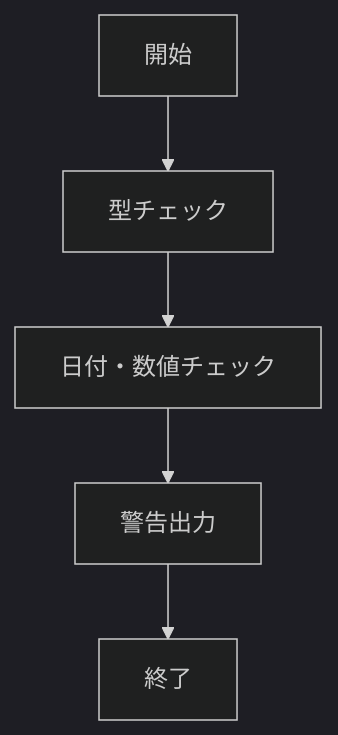
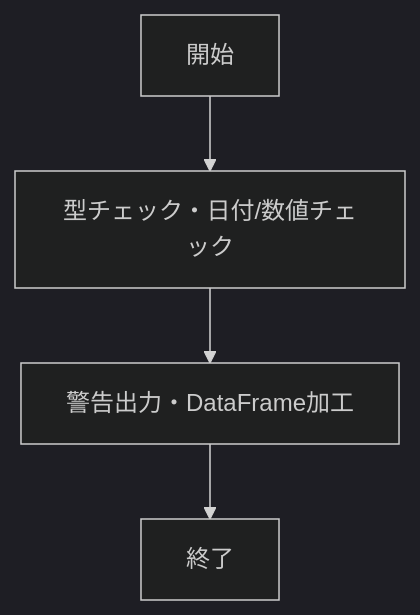
Before and after one commit to tk826/OpenHands-Test: the third of 4 diagrams in BD_DD.md, drawn with Mermaid (dark theme). The commit also changed other lines of this file, not shown here.

````diff
--- a/BD_DD.md
+++ b/BD_DD.md
@@ -49,7 +41,6 @@
 ```mermaid
 graph TD;
-    A[開始] --> B[型チェック]
-    B --> C[日付・数値チェック]
-    C --> D[警告出力]
-    D --> E[終了]
+    A[開始] --> B[型チェック・日付/数値チェック]
+    B --> C[警告出力・DataFrame加工]
+    C --> D[終了]
 ```
````
